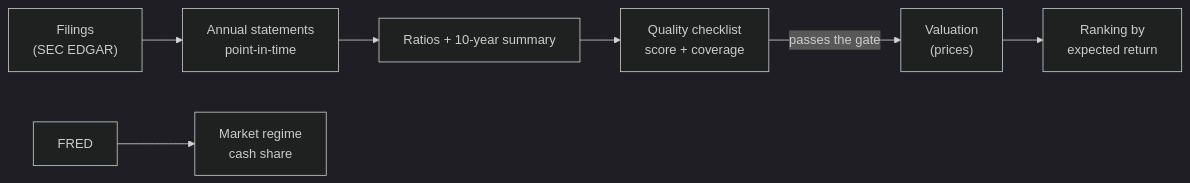
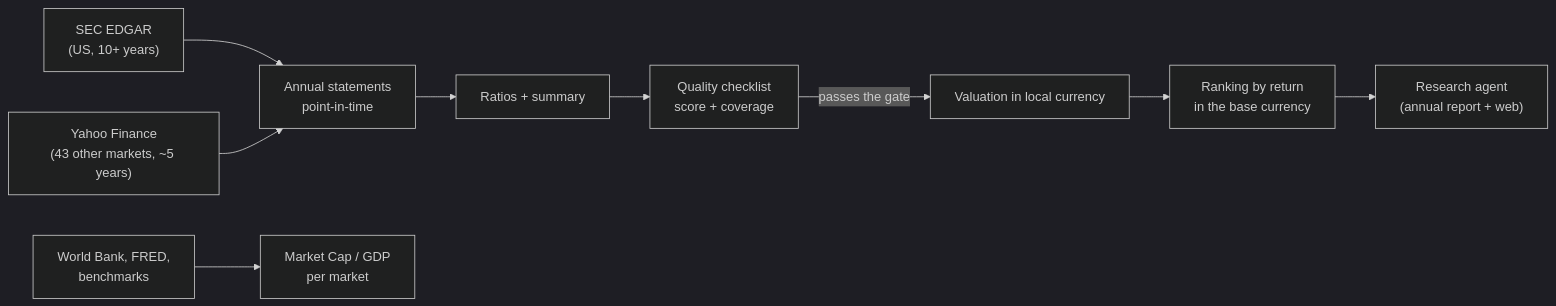
Before and after one commit to Jkovv/value_investor: the diagram in docs/01-overview.md, drawn with Mermaid (dark theme). The commit also changed other lines of this file and 51 other files, not shown here.

First line of the commit message:
Cover every market, add per-market Market Cap / GDP and research agents

````diff
--- a/docs/01-overview.md
+++ b/docs/01-overview.md
@@ -13,9 +12,11 @@
 ```mermaid
 flowchart LR
-    A["Filings<br/>(SEC EDGAR)"] --> B["Annual statements<br/>point-in-time"]
-    B --> C["Ratios + 10-year summary"]
-    C --> D["Quality checklist<br/>score + coverage"]
-    D -->|passes the gate| E["Valuation<br/>(prices)"]
-    E --> F["Ranking by<br/>expected return"]
-    G["FRED"] --> H["Market regime<br/>cash share"]
+    A["SEC EDGAR<br/>(US, 10+ years)"] --> C["Annual statements<br/>point-in-time"]
+    B["Yahoo Finance<br/>(43 other markets, ~5 years)"] --> C
+    C --> D["Ratios + summary"]
+    D --> E["Quality checklist<br/>score + coverage"]
+    E -->|passes the gate| F["Valuation in local currency"]
+    F --> G["Ranking by return<br/>in the base currency"]
+    G --> H["Research agent<br/>(annual report + web)"]
+    I["World Bank, FRED,<br/>benchmarks"] --> J["Market Cap / GDP<br/>per market"]
 ```
````
